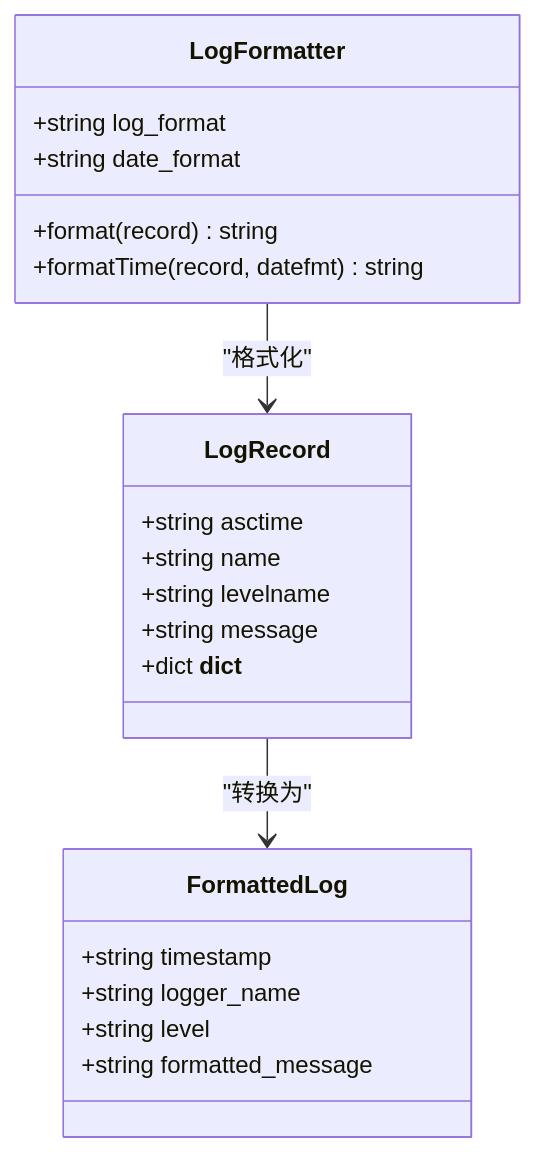
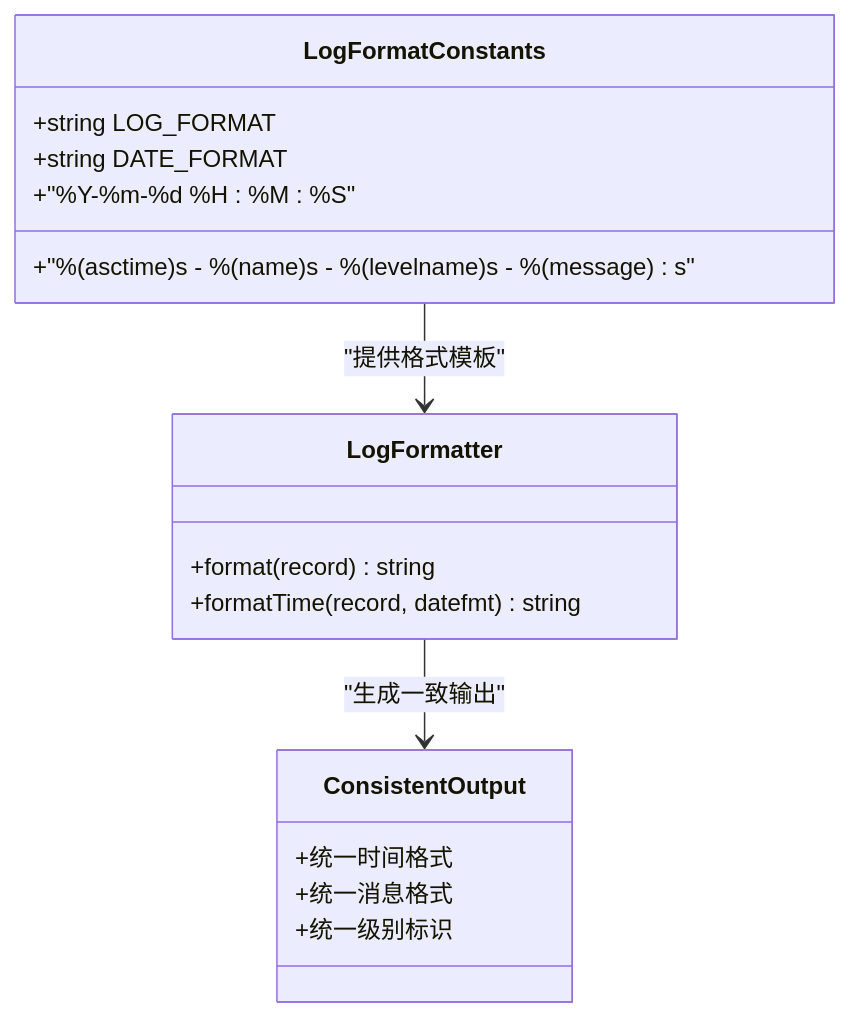
Before and after one commit to dengwanqian/news-exacter: the fifth of 9 diagrams in .qoder/repowiki/zh/content/核心模块详解/日志系统模块 (logger.py).md, drawn with Mermaid. The commit also changed other lines of this file and 8 other files, not shown here.

````diff
--- a/.qoder/repowiki/zh/content/核心模块详解/日志系统模块 (logger.py).md
+++ b/.qoder/repowiki/zh/content/核心模块详解/日志系统模块 (logger.py).md
@@ -213,24 +222,20 @@
 ```mermaid
 classDiagram
+class LogFormatConstants {
++string LOG_FORMAT
++string DATE_FORMAT
++"%(asctime)s - %(name)s - %(levelname)s - %(message)s"
++"%Y-%m-%d %H : %M : %S"
+}
 class LogFormatter {
-+string log_format
-+string date_format
 +format(record) string
 +formatTime(record, datefmt) string
 }
-class LogRecord {
-+string asctime
-+string name
-+string levelname
-+string message
-+dict __dict__
+class ConsistentOutput {
++统一时间格式
++统一消息格式
++统一级别标识
 }
-class FormattedLog {
-+string timestamp
-+string logger_name
-+string level
-+string formatted_message
-}
-LogFormatter --> LogRecord : "格式化"
-LogRecord --> FormattedLog : "转换为"
+LogFormatConstants --> LogFormatter : "提供格式模板"
+LogFormatter --> ConsistentOutput : "生成一致输出"
 ```
````
